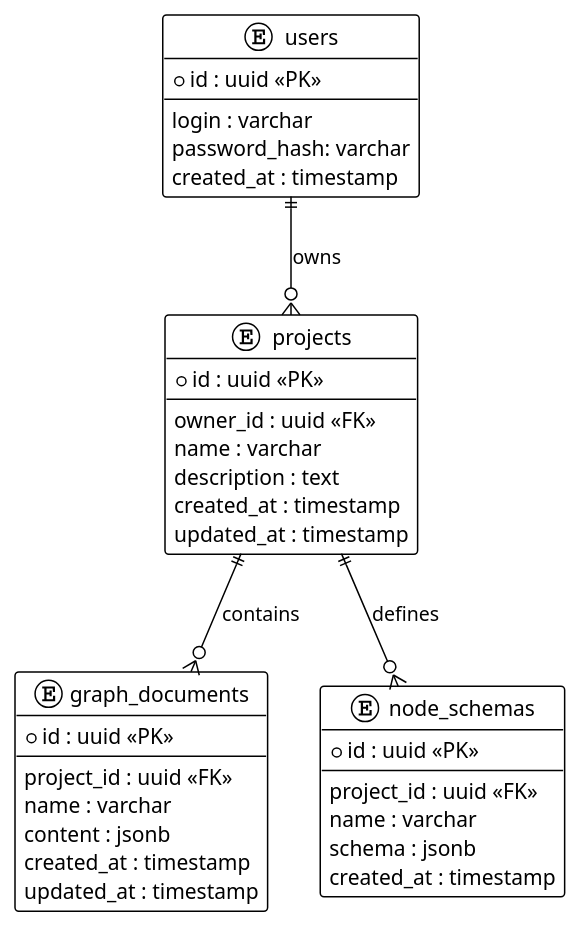
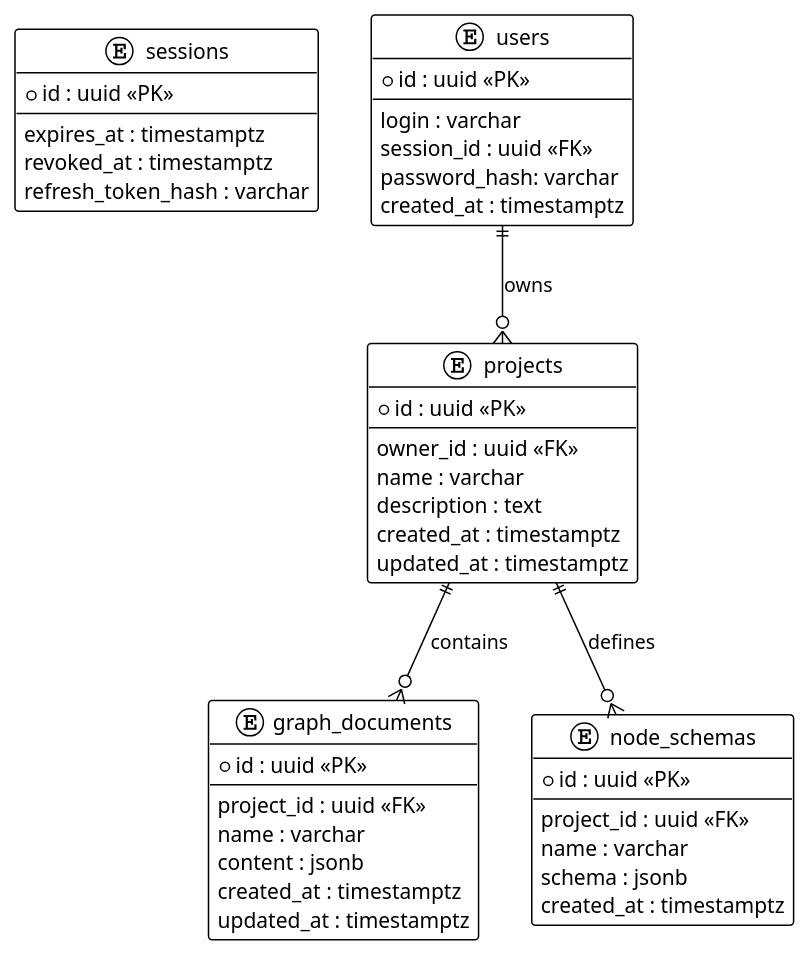
Before and after one commit to kalane15/GraphForge: the diagram in DB scheme.md, drawn with PlantUML. The commit also changed 7 other files, not shown here.

Commit message:
Add refresh token (#4)

```diff
--- a/DB scheme.md
+++ b/DB scheme.md
@@ -1,51 +1,60 @@
 @startuml
 !theme plain
 
 hide methods
 hide stereotypes
 
+entity "sessions" as sessions{
+    * id : uuid <<PK>>
+    --
+    expires_at : timestamptz
+	revoked_at : timestamptz
+	refresh_token_hash : varchar
+}
+
 entity "users" as users {
     * id : uuid <<PK>>
     --
     login : varchar
+	session_id : uuid <<FK>>
 	password_hash: varchar
-    created_at : timestamp
+    created_at : timestamptz
 }
 
 entity "projects" as projects {
     * id : uuid <<PK>>
     --
     owner_id : uuid <<FK>>
     name : varchar
     description : text
-    created_at : timestamp
-    updated_at : timestamp
+    created_at : timestamptz
+    updated_at : timestamptz
 }
 
 entity "graph_documents" as graphs {
     * id : uuid <<PK>>
     --
     project_id : uuid <<FK>>
     name : varchar
     content : jsonb
-    created_at : timestamp
-    updated_at : timestamp
+    created_at : timestamptz
+    updated_at : timestamptz
 }
 
 entity "node_schemas" as schemas {
     * id : uuid <<PK>>
     --
     project_id : uuid <<FK>>
     name : varchar
     schema : jsonb
-    created_at : timestamp
+    created_at : timestamptz
 }
 
 users ||--o{ projects : owns
 
 projects ||--o{ graphs : contains
 
 projects ||--o{ schemas : defines
 
 
 @enduml
```
